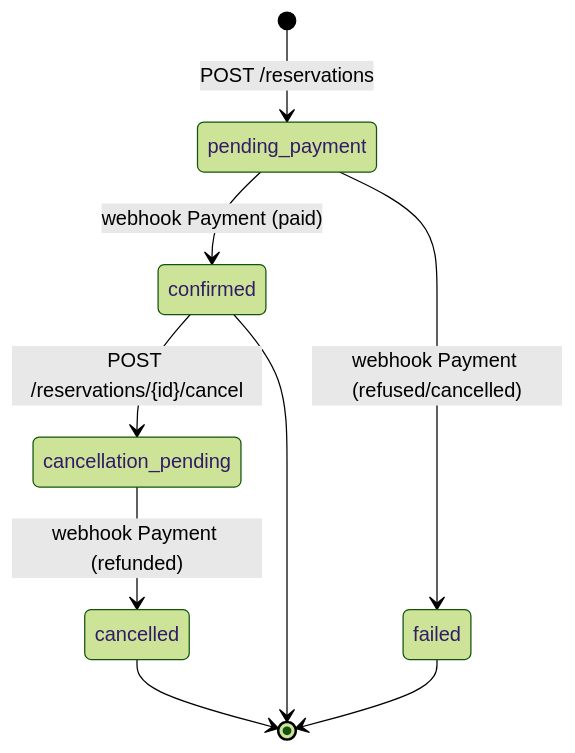
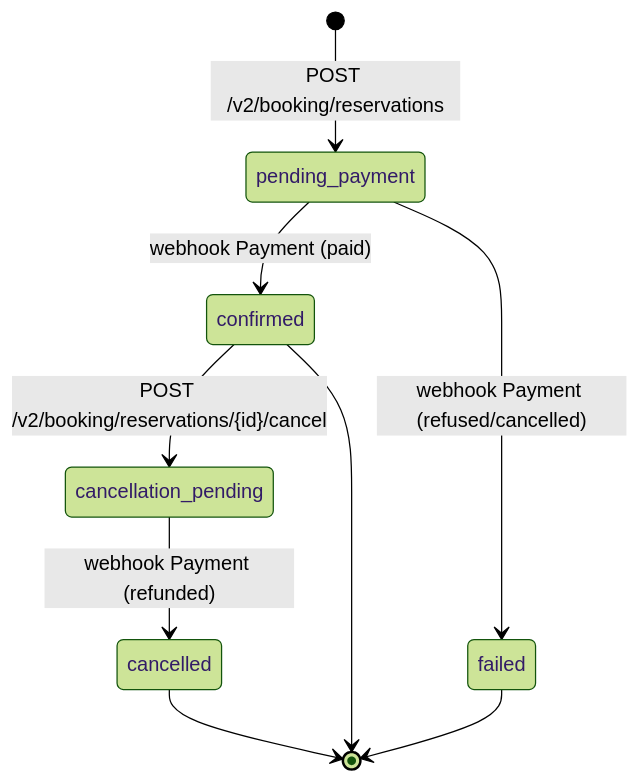
Before and after one commit to Yanom-school-projects/M1-Projet-Architecture-Booking: the third of 5 diagrams in docs/booking_architecture.md, drawn with Mermaid (forest theme). The commit also changed other lines of this file and 9 other files, not shown here.

````diff
--- a/docs/booking_architecture.md
+++ b/docs/booking_architecture.md
@@ -209,11 +209,11 @@
 ```mermaid
 stateDiagram-v2
-    [*] --> pending_payment: POST /reservations
+    [*] --> pending_payment: POST /v2/booking/reservations
     pending_payment --> confirmed: webhook Payment (paid)
     pending_payment --> failed: webhook Payment (refused/cancelled)
-    confirmed --> cancellation_pending: POST /reservations/{id}/cancel
+    confirmed --> cancellation_pending: POST /v2/booking/reservations/{id}/cancel
     cancellation_pending --> cancelled: webhook Payment (refunded)
     confirmed --> [*]
     failed --> [*]
     cancelled --> [*]
 ```
````
